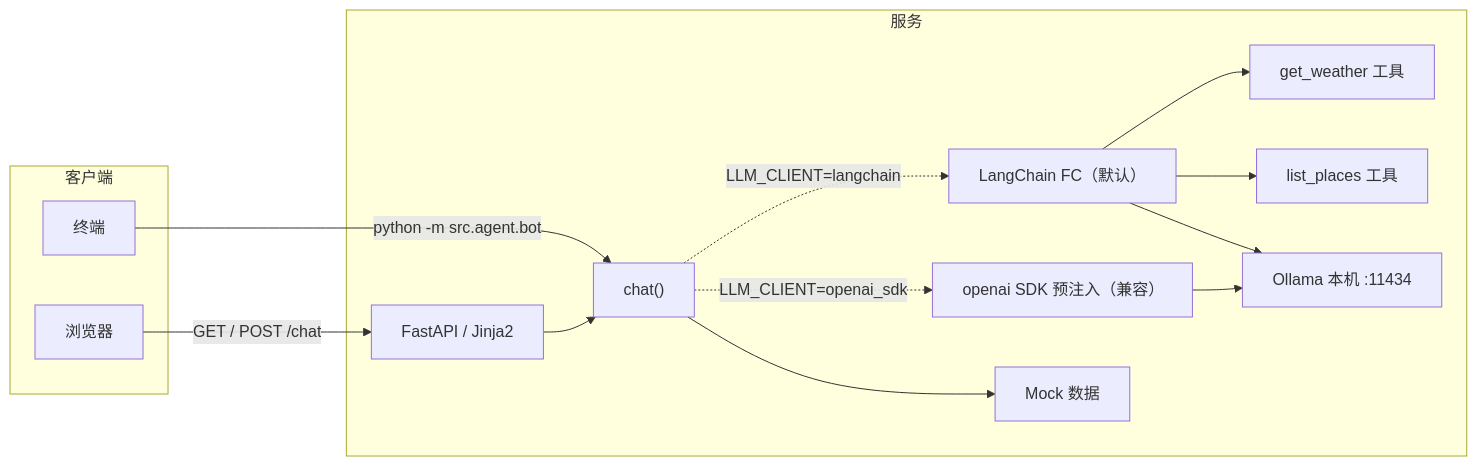
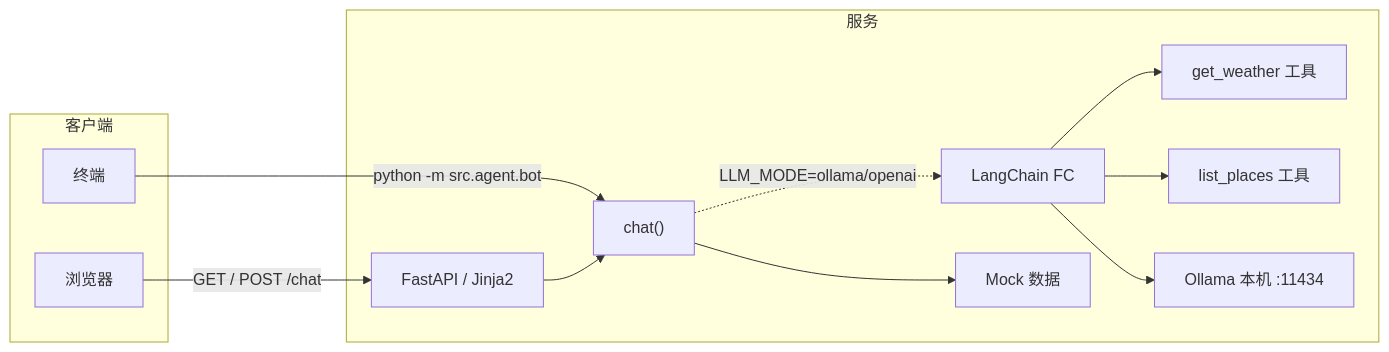
One commit to zhuweinan98/where-to-go changed the diagram in docs/技术方案.md. Above: the diagram before and after it, drawn with Mermaid. The commit also changed other lines of this file and 6 other files, not shown here.

First line of the commit message:
refactor(agent): 删除旧分支并收敛到单一 LangChain 路径

````diff
--- a/docs/技术方案.md
+++ b/docs/技术方案.md
@@ -19,27 +19,24 @@
 ```mermaid
 flowchart LR
   subgraph client [客户端]
     B[浏览器]
     T[终端]
   end
   subgraph server [服务]
     W[FastAPI / Jinja2]
     A["chat()"]
-    L1["LangChain FC（默认）"]
-    L2["openai SDK 预注入（兼容）"]
+    L1["LangChain FC"]
     T1["get_weather 工具"]
     T2["list_places 工具"]
     D[Mock 数据]
     O[Ollama 本机 :11434]
   end
   B -->|GET / POST /chat| W
   T -->|python -m src.agent.bot| A
   W --> A
   A --> D
-  A -.->|LLM_CLIENT=langchain| L1
-  A -.->|LLM_CLIENT=openai_sdk| L2
+  A -.->|LLM_MODE=ollama/openai| L1
   L1 --> T1
   L1 --> T2
   L1 --> O
-  L2 --> O
 ```
````
